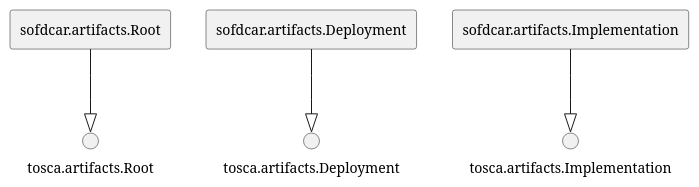
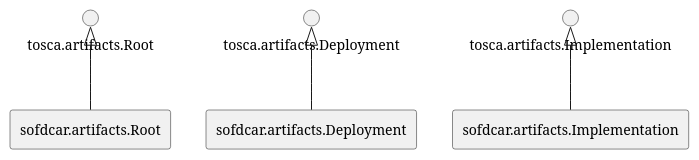
Before and after one commit to OpenTOSCA/opentosca-vintner: the diagram in docs/docs/sofdcar/tosca-sofdcar-profile.artifact-types.puml, drawn with PlantUML. The commit also changed 28 other files, not shown here.

```diff
--- a/docs/docs/sofdcar/tosca-sofdcar-profile.artifact-types.puml
+++ b/docs/docs/sofdcar/tosca-sofdcar-profile.artifact-types.puml
@@ -1,18 +1,18 @@
 @startuml
 skinparam componentStyle rectangle
 
 
 rectangle "sofdcar.artifacts.Root"
 
 rectangle "sofdcar.artifacts.Deployment"
 
 rectangle "sofdcar.artifacts.Implementation"
 
 
-"sofdcar.artifacts.Root" --|> "tosca.artifacts.Root"
+"tosca.artifacts.Root" <|-- "sofdcar.artifacts.Root"
 
-"sofdcar.artifacts.Deployment" --|> "tosca.artifacts.Deployment"
+"tosca.artifacts.Deployment" <|-- "sofdcar.artifacts.Deployment"
 
-"sofdcar.artifacts.Implementation" --|> "tosca.artifacts.Implementation"
+"tosca.artifacts.Implementation" <|-- "sofdcar.artifacts.Implementation"
 
 @enduml
```
